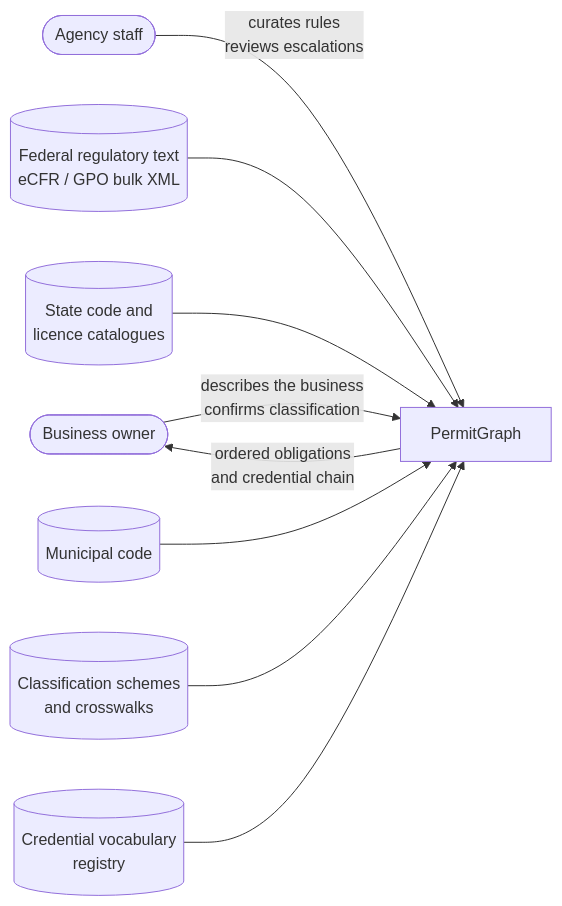
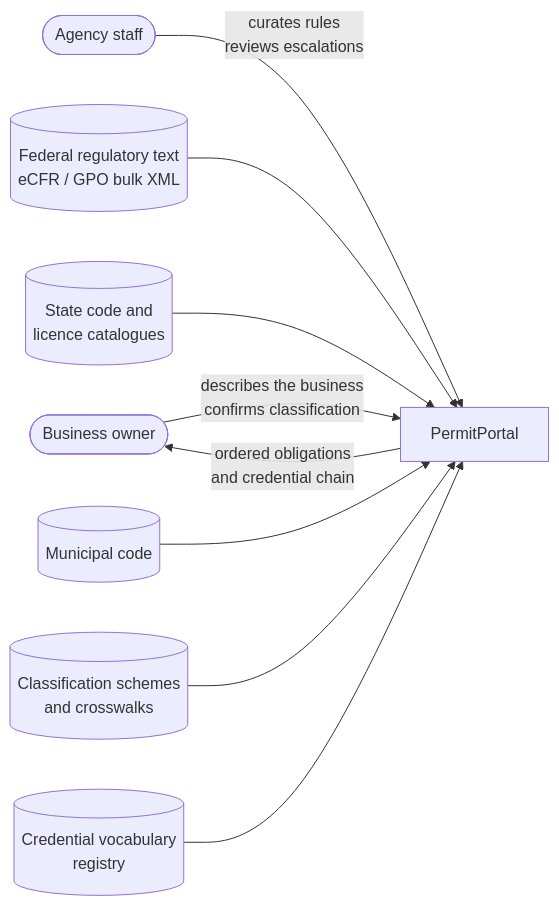
The first of 3 diagrams in docs/09-architecture-c4.md (wildgen3/permitportal), drawn with Mermaid before and after one commit. The commit also changed other lines of this file and 18 other files, not shown here.

First line of the commit message:
chore: rename PermitGraph to PermitPortal

````diff
--- a/docs/09-architecture-c4.md
+++ b/docs/09-architecture-c4.md
@@ -15,20 +15,20 @@
 ```mermaid
 flowchart LR
   owner([Business owner])
   staff([Agency staff])
-  PG[PermitGraph]
+  PG[PermitPortal]
   law[(Federal regulatory text<br/>eCFR / GPO bulk XML)]
   state[(State code and<br/>licence catalogues)]
   muni[(Municipal code)]
   census[(Classification schemes<br/>and crosswalks)]
   cred[(Credential vocabulary<br/>registry)]
 
   owner -->|describes the business<br/>confirms classification| PG
   staff -->|curates rules<br/>reviews escalations| PG
   PG -->|ordered obligations<br/>and credential chain| owner
   law --> PG
   state --> PG
   muni --> PG
   census --> PG
   cred --> PG
 ```
````
